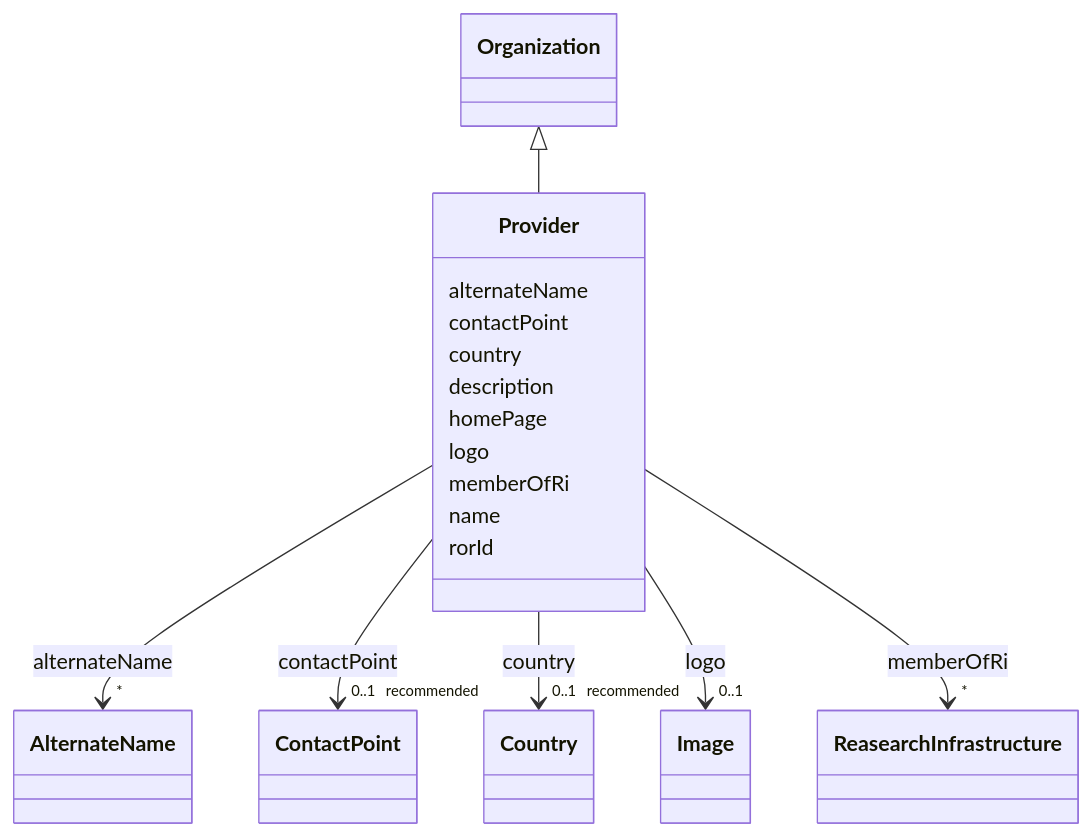
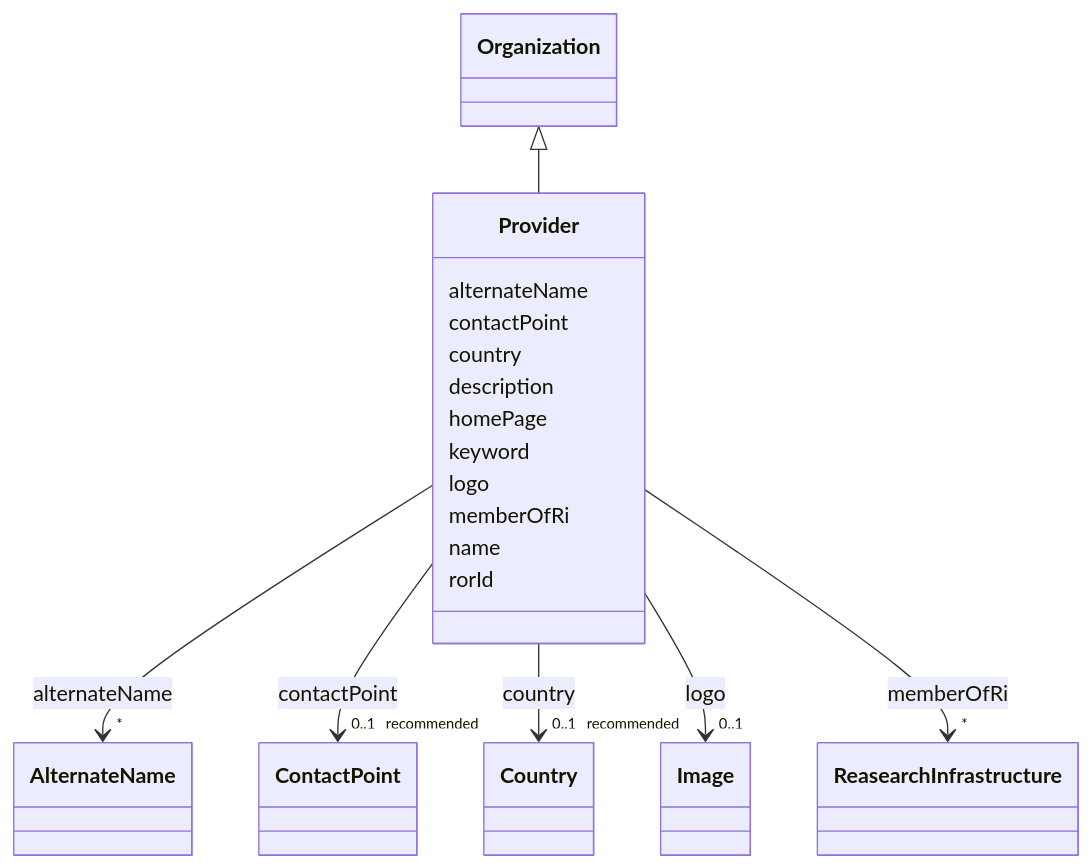
One commit to EVORA-project/evora-ontology changed the diagram in models/docs/Provider.md. Above: the diagram before and after it, drawn with Mermaid. The commit also changed other lines of this file and 402 other files, not shown here.

````diff
--- a/models/docs/Provider.md
+++ b/models/docs/Provider.md
@@ -19,62 +19,64 @@
 ```mermaid
  classDiagram
     class Provider
     click Provider href "../Provider"
       Organization <|-- Provider
         click Organization href "../Organization"
       
       Provider : alternateName
         
           
     
     
     Provider --> "*" AlternateName : alternateName
     click AlternateName href "../AlternateName"
 
         
       Provider : contactPoint
         
           
     
     
     Provider --> "0..1 _recommended_" ContactPoint : contactPoint
     click ContactPoint href "../ContactPoint"
 
         
       Provider : country
         
           
     
     
     Provider --> "0..1 _recommended_" Country : country
     click Country href "../Country"
 
         
       Provider : description
         
       Provider : homePage
         
+      Provider : keyword
+        
       Provider : logo
         
           
     
     
     Provider --> "0..1" Image : logo
     click Image href "../Image"
 
         
       Provider : memberOfRi
         
           
     
     
     Provider --> "*" ReasearchInfrastructure : memberOfRi
     click ReasearchInfrastructure href "../ReasearchInfrastructure"
 
         
       Provider : name
         
       Provider : rorId
         
       
 ```
````
